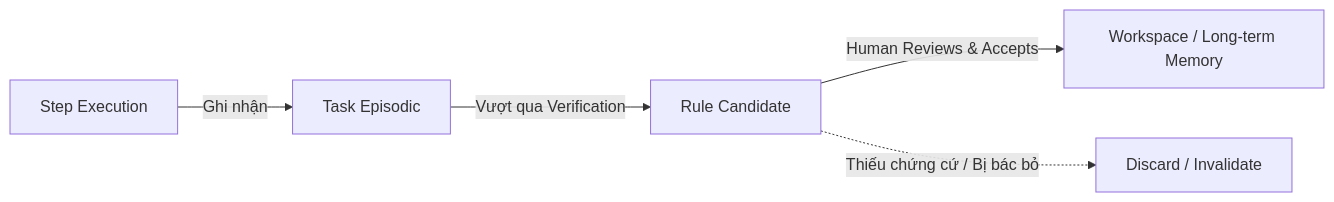
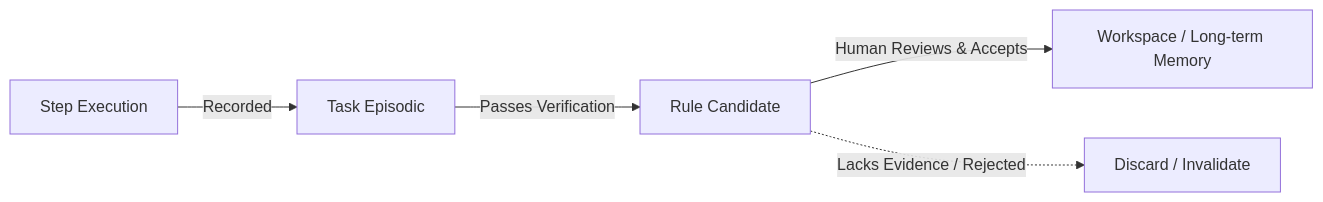
One commit to civi0411/Custos changed the diagram in docs/architecture/context-memory.md. Above: the diagram before and after it, drawn with Mermaid. The commit also changed other lines of this file and 39 other files, not shown here.

````diff
--- a/docs/architecture/context-memory.md
+++ b/docs/architecture/context-memory.md
@@ -63,7 +63,7 @@
 ```mermaid
 flowchart LR
-    StepOut["Step Execution"] -->|"Ghi nhận"| Episodic["Task Episodic"]
-    Episodic -->|"Vượt qua Verification"| Candidate["Rule Candidate"]
+    StepOut["Step Execution"] -->|"Recorded"| Episodic["Task Episodic"]
+    Episodic -->|"Passes Verification"| Candidate["Rule Candidate"]
     Candidate -->|"Human Reviews & Accepts"| Persistent["Workspace / Long-term Memory"]
-    Candidate -.->|"Thiếu chứng cứ / Bị bác bỏ"| Discard["Discard / Invalidate"]
+    Candidate -.->|"Lacks Evidence / Rejected"| Discard["Discard / Invalidate"]
 ```
````
